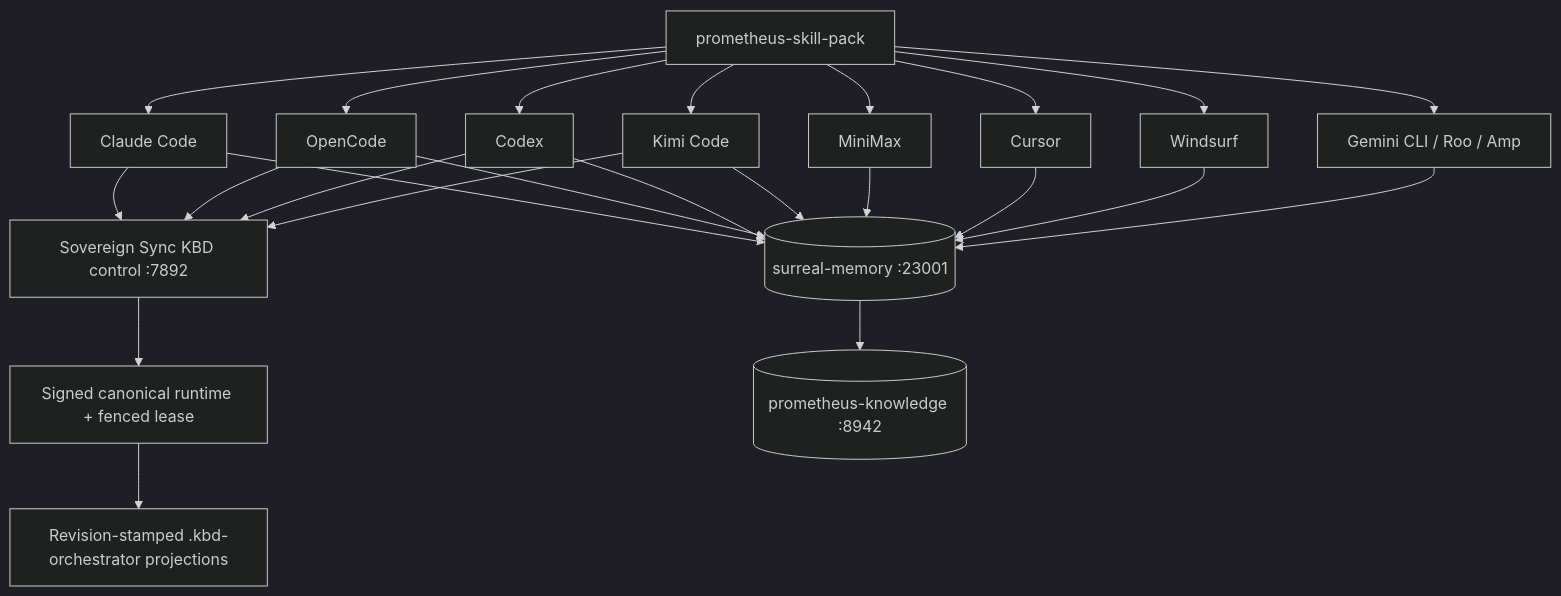
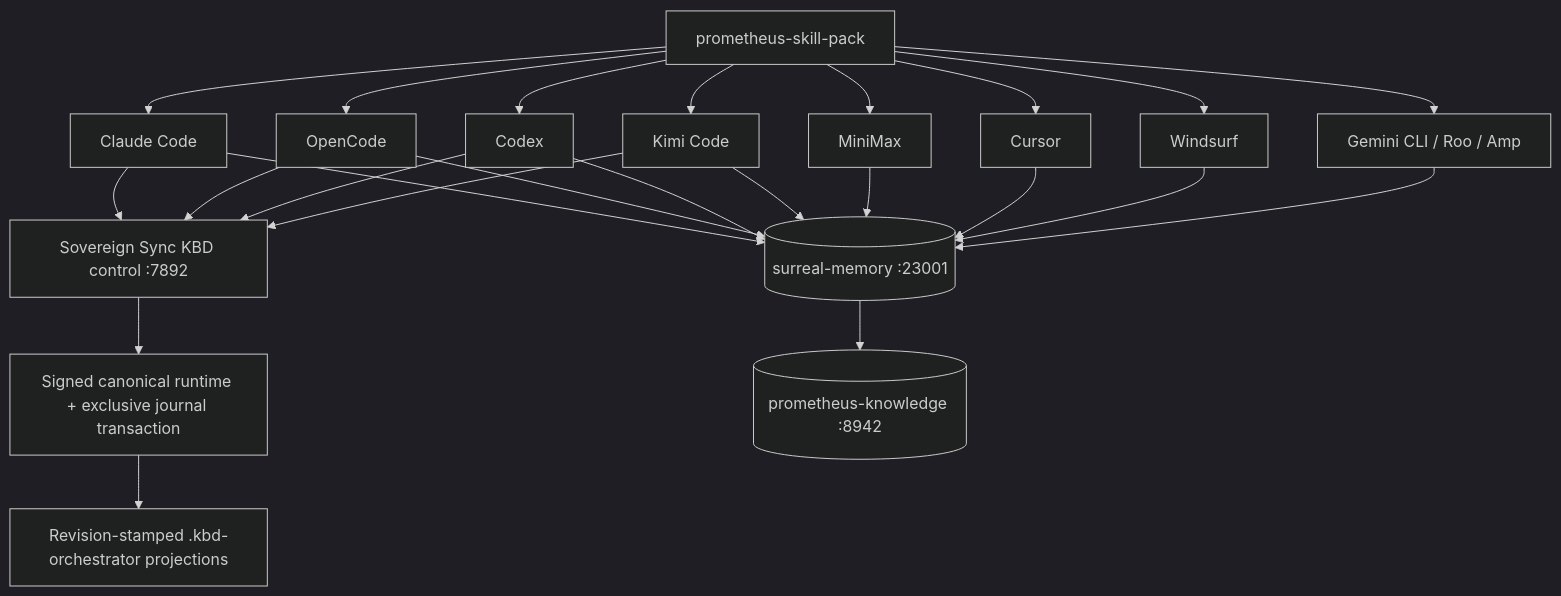
One commit to Prometheus-AGS/prometheus-skill-system changed the diagram in docs/guide/17-platform-support.md. Above: the diagram before and after it, drawn with Mermaid (dark theme). The commit also changed other lines of this file and 50 other files, not shown here.

````diff
--- a/docs/guide/17-platform-support.md
+++ b/docs/guide/17-platform-support.md
@@ -28,16 +28,16 @@
 ```mermaid
 graph TD
     A[prometheus-skill-pack] --> B[Claude Code]
     A --> C[OpenCode]
     A --> D[Codex]
     A --> E[Kimi Code]
     A --> F[MiniMax]
     A --> G[Cursor]
     A --> H[Windsurf]
     A --> I[Gemini CLI / Roo / Amp]
     B & C & D & E --> J["Sovereign Sync KBD control :7892"]
-    J --> K["Signed canonical runtime + fenced lease"]
+    J --> K["Signed canonical runtime + exclusive journal transaction"]
     K --> L["Revision-stamped .kbd-orchestrator projections"]
     B & C & D & E & F & G & H & I --> M[(surreal-memory :23001)]
     M --> N[(prometheus-knowledge :8942)]
 ```
````
